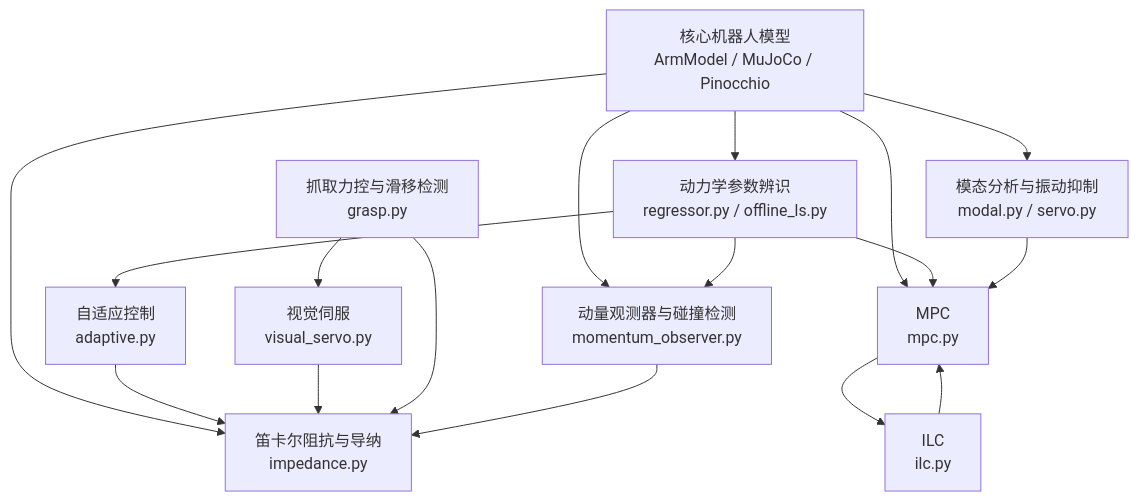
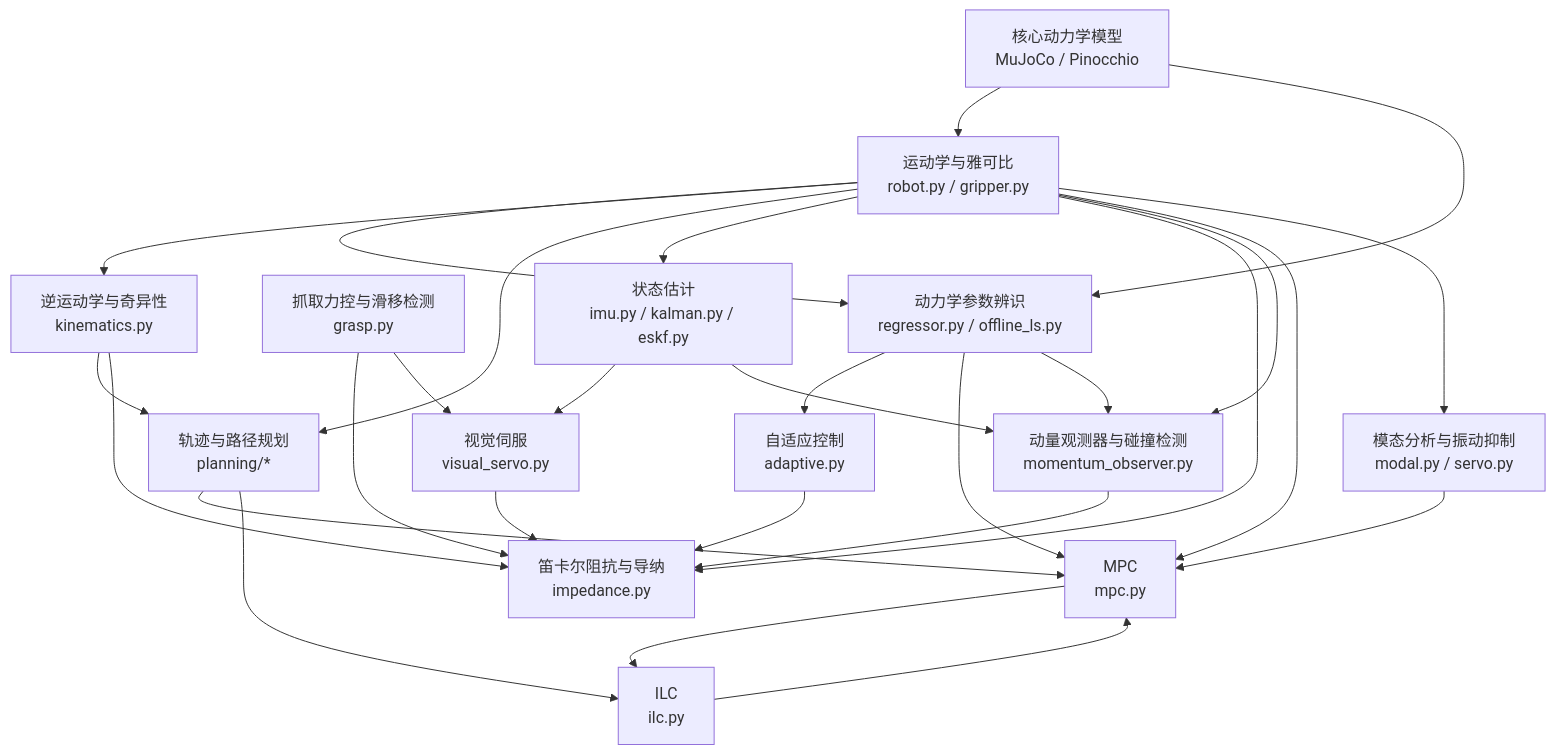
One commit to hrx2025lucky-lab/armctrl changed the diagram in docs/控制方法/README.md. Above: the diagram before and after it, drawn with Mermaid. The commit also changed other lines of this file and 21 other files, not shown here.

````diff
--- a/docs/控制方法/README.md
+++ b/docs/控制方法/README.md
@@ -41,30 +47,45 @@
 ```mermaid
 flowchart TD
     R[动力学参数辨识<br/>regressor.py / offline_ls.py]
     A[自适应控制<br/>adaptive.py]
     M[MPC<br/>mpc.py]
     I[ILC<br/>ilc.py]
     Z[模态分析与振动抑制<br/>modal.py / servo.py]
     P[笛卡尔阻抗与导纳<br/>impedance.py]
     O[动量观测器与碰撞检测<br/>momentum_observer.py]
     G[抓取力控与滑移检测<br/>grasp.py]
     V[视觉伺服<br/>visual_servo.py]
-    K[核心机器人模型<br/>ArmModel / MuJoCo / Pinocchio]
+    K[运动学与雅可比<br/>robot.py / gripper.py]
+    IK[逆运动学与奇异性<br/>kinematics.py]
+    PL[轨迹与路径规划<br/>planning/*]
+    E[状态估计<br/>imu.py / kalman.py / eskf.py]
+    D[核心动力学模型<br/>MuJoCo / Pinocchio]
 
+    D --> K
+    D --> R
     K --> R
+    K --> IK
+    K --> PL
+    K --> E
     K --> P
     K --> O
     K --> M
     K --> Z
+    IK --> PL
+    IK --> P
+    PL --> M
+    PL --> I
     R --> A
     R --> M
     R --> O
     A --> P
     M --> I
     Z --> M
+    E --> V
+    E --> O
     V --> P
     G --> P
     G --> V
     O --> P
     I --> M
 ```
````
